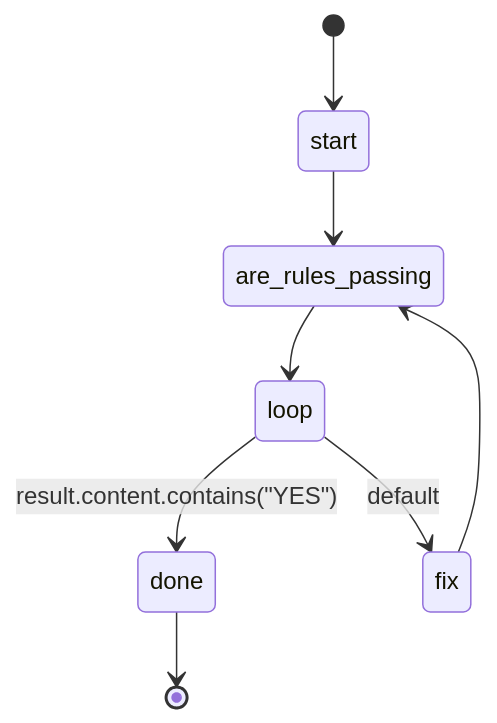
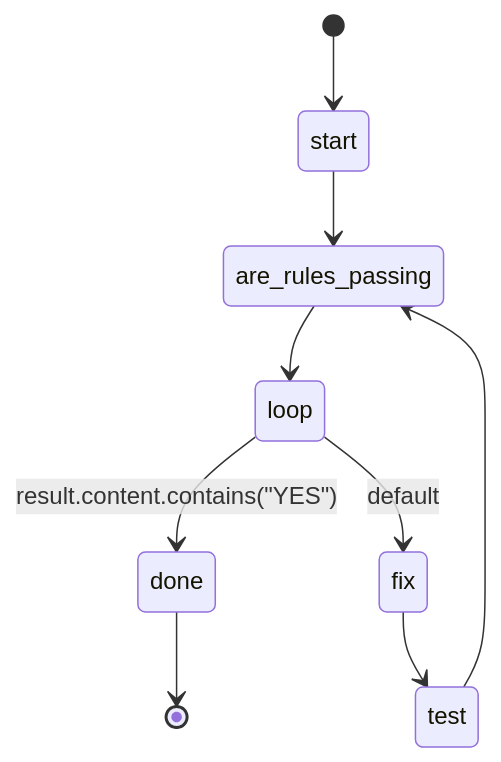
The diagram in builtin/workflows/review.md (swissarmyhammer/swissarmyhammer), drawn with Mermaid before and after one commit. The commit also changed other lines of this file and 3 other files, not shown here.

````diff
--- a/builtin/workflows/review.md
+++ b/builtin/workflows/review.md
@@ -10,10 +10,11 @@
 ```mermaid
 stateDiagram-v2
     [*] --> start
     start --> are_rules_passing
     are_rules_passing --> loop
     loop --> done: result.content.contains("YES")
     loop --> fix: default
-    fix --> are_rules_passing
+    fix --> test
+    test --> are_rules_passing
     done --> [*]
 ```
````
